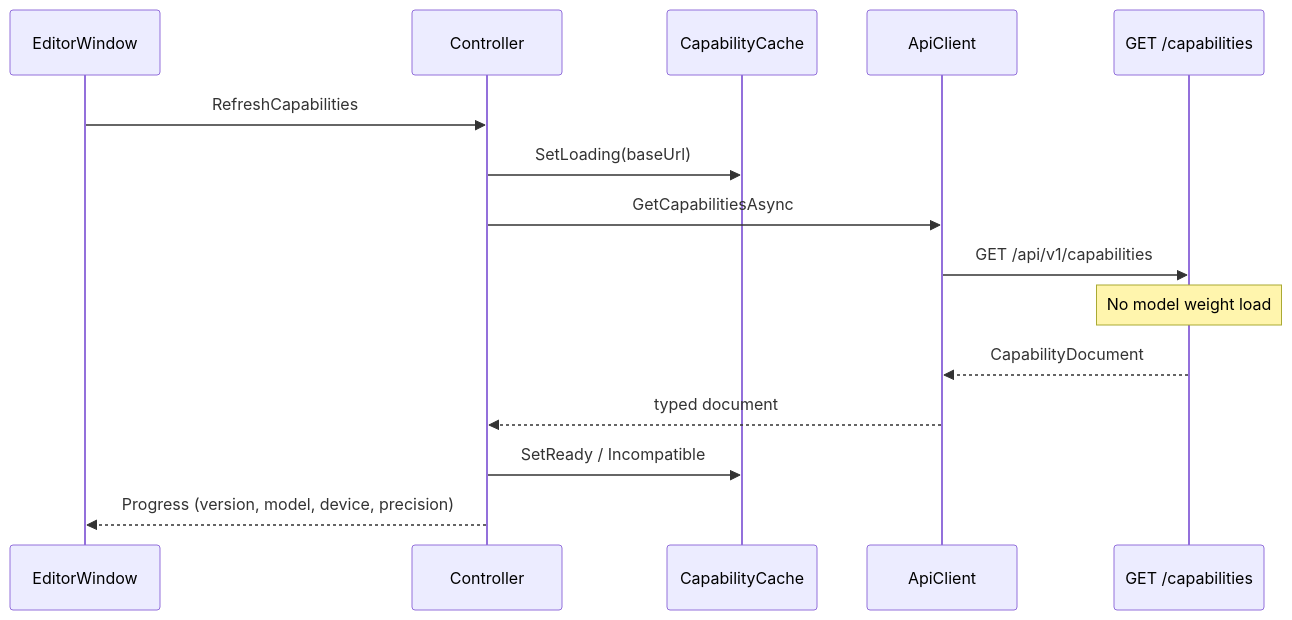
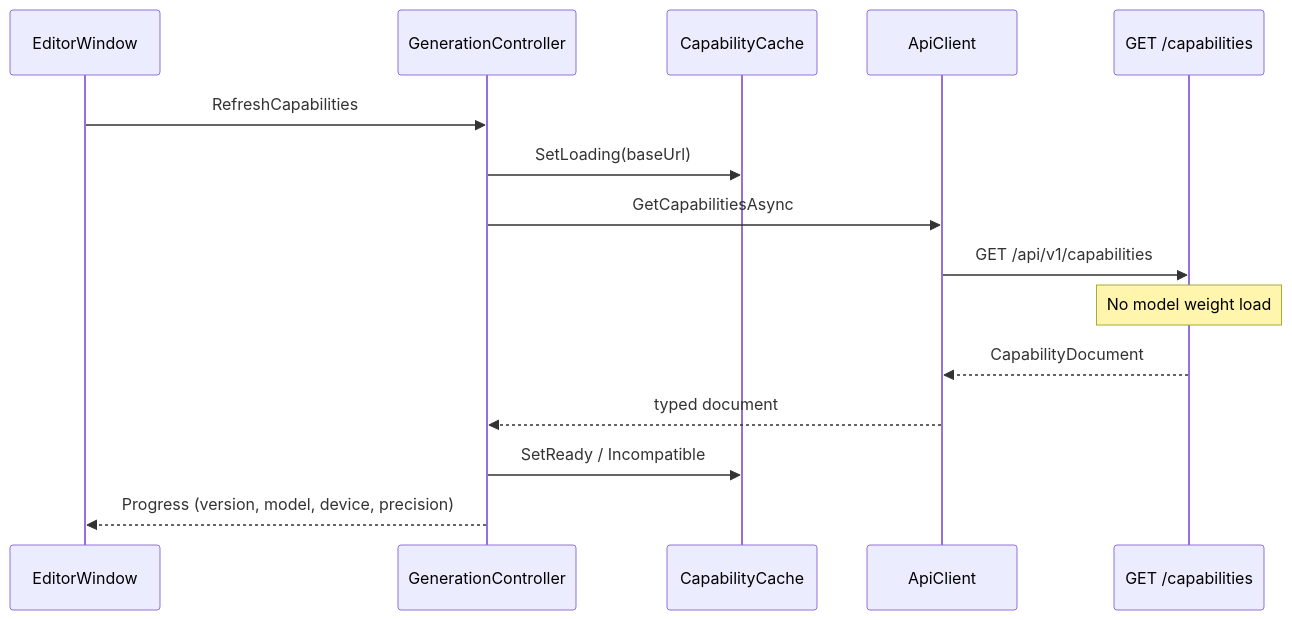
The sixth of 10 diagrams in ARCHITECTURE.md (skepticworks/Unity-AI-Asset-Generator), drawn with Mermaid before and after one commit. The commit also changed other lines of this file and 40 other files, not shown here.

First line of the commit message:
Consolidate architecture for Milestone 4.5 without changing product behavior.

````diff
--- a/ARCHITECTURE.md
+++ b/ARCHITECTURE.md
@@ -148,18 +152,18 @@
 ```mermaid
 sequenceDiagram
     participant Win as EditorWindow
-    participant Ctrl as Controller
+    participant Ctrl as GenerationController
     participant Cache as CapabilityCache
     participant Client as ApiClient
     participant API as GET /capabilities
 
     Win->>Ctrl: RefreshCapabilities
     Ctrl->>Cache: SetLoading(baseUrl)
     Ctrl->>Client: GetCapabilitiesAsync
     Client->>API: GET /api/v1/capabilities
     Note over API: No model weight load
     API-->>Client: CapabilityDocument
     Client-->>Ctrl: typed document
     Ctrl->>Cache: SetReady / Incompatible
     Ctrl-->>Win: Progress (version, model, device, precision)
 ```
````
